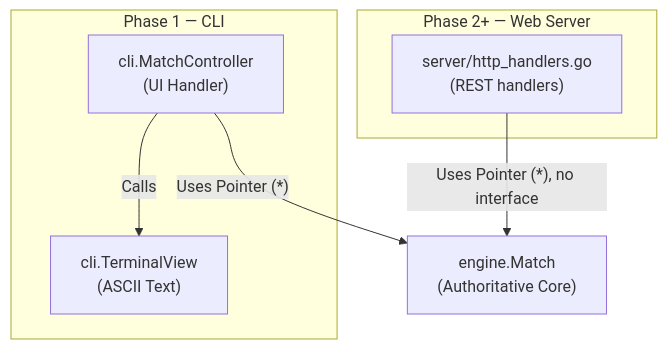
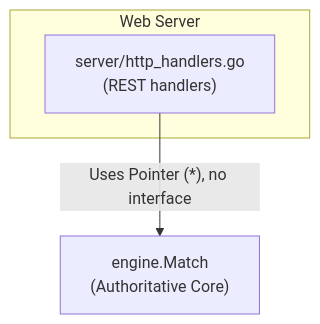
One commit to oscarhkli/bomb-srpg changed the diagram in docs/design.md. Above: the diagram before and after it, drawn with Mermaid. The commit also changed other lines of this file and 9 other files, not shown here.

````diff
--- a/docs/design.md
+++ b/docs/design.md
@@ -52,17 +52,10 @@
 ```mermaid
 flowchart TB
-    subgraph phase1["Phase 1 — CLI"]
-        MC["cli.MatchController<br/>(UI Handler)"]
-        TV["cli.TerminalView<br/>(ASCII Text)"]
-        MC -- "Calls" --> TV
-    end
-
-    subgraph phase2["Phase 2+ — Web Server"]
+    subgraph web["Web Server"]
         HH["server/http_handlers.go<br/>(REST handlers)"]
     end
 
     EM["engine.Match<br/>(Authoritative Core)"]
 
-    MC -- "Uses Pointer (*)" --> EM
     HH -- "Uses Pointer (*), no interface" --> EM
 ```
````
